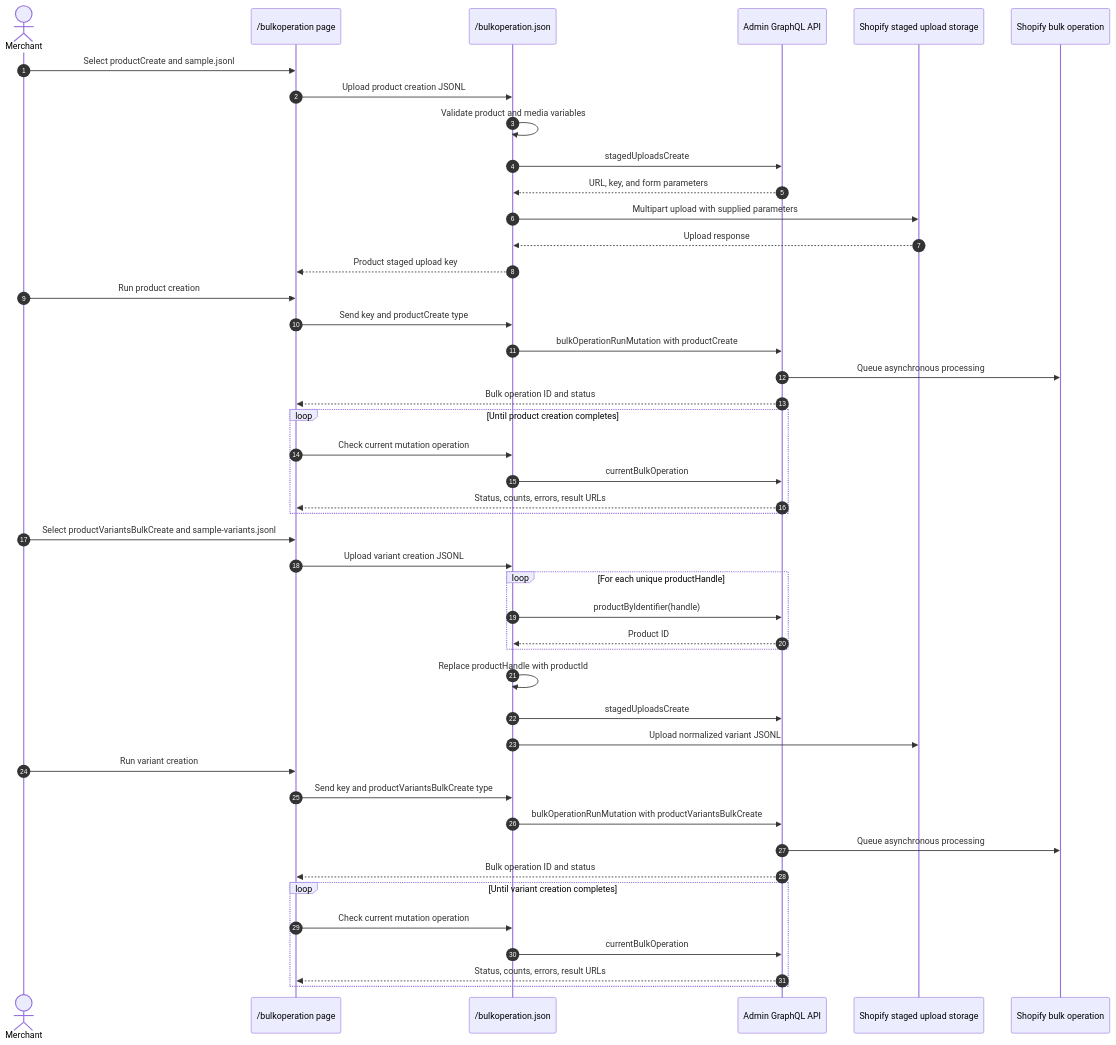
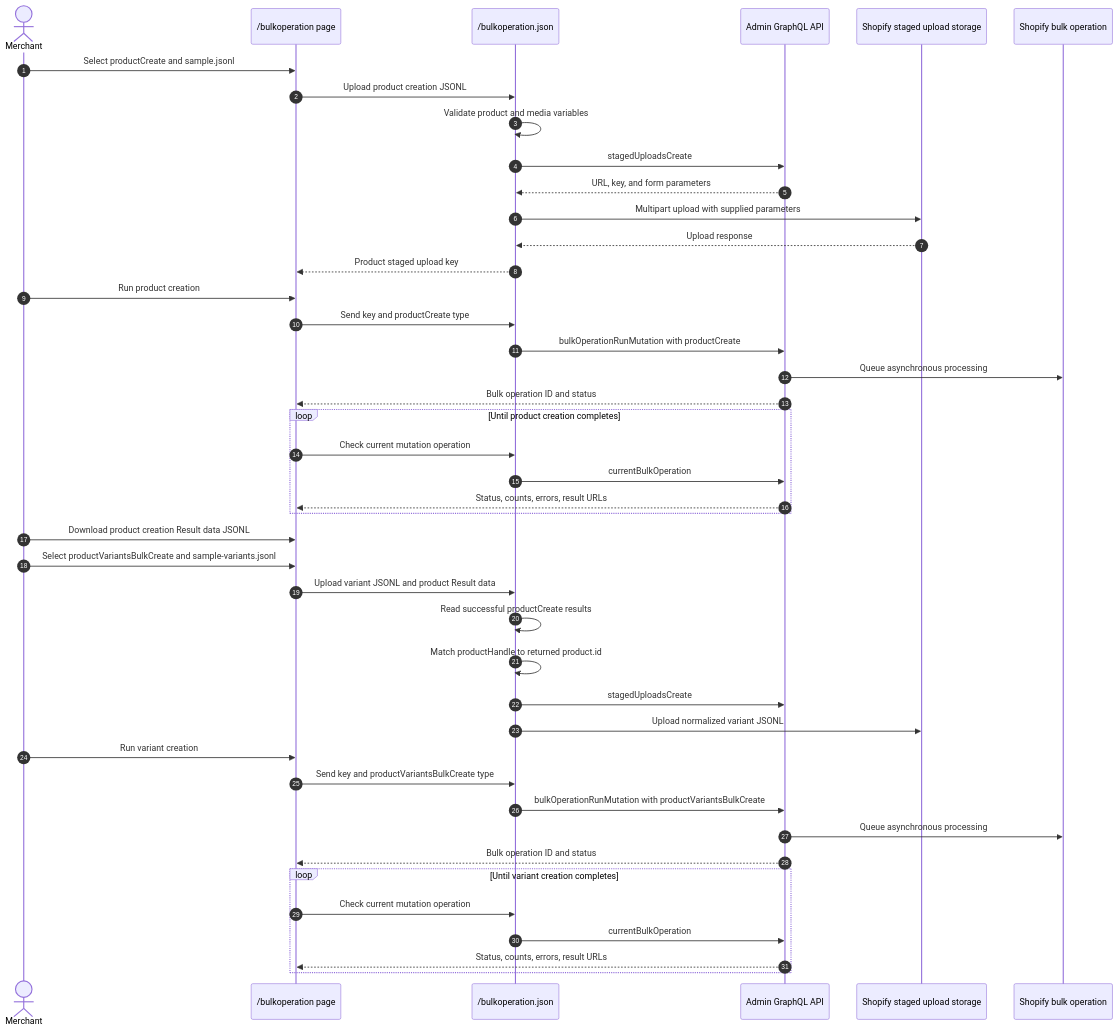
The diagram in docs/14-bulkoperation.md (benzookapi/shopify-barebone-app-sample), drawn with Mermaid before and after one commit. The commit also changed other lines of this file, not shown here.

````diff
--- a/docs/14-bulkoperation.md
+++ b/docs/14-bulkoperation.md
@@ -16,48 +16,46 @@
 ```mermaid
 sequenceDiagram
     autonumber
     actor Merchant
     participant UI as /bulkoperation page
     participant App as /bulkoperation.json
     participant API as Admin GraphQL API
     participant Storage as Shopify staged upload storage
     participant Worker as Shopify bulk operation
 
     Merchant->>UI: Select productCreate and sample.jsonl
     UI->>App: Upload product creation JSONL
     App->>App: Validate product and media variables
     App->>API: stagedUploadsCreate
     API-->>App: URL, key, and form parameters
     App->>Storage: Multipart upload with supplied parameters
     Storage-->>App: Upload response
     App-->>UI: Product staged upload key
     Merchant->>UI: Run product creation
     UI->>App: Send key and productCreate type
     App->>API: bulkOperationRunMutation with productCreate
     API->>Worker: Queue asynchronous processing
     API-->>UI: Bulk operation ID and status
     loop Until product creation completes
         UI->>App: Check current mutation operation
         App->>API: currentBulkOperation
         API-->>UI: Status, counts, errors, result URLs
     end
+    Merchant->>UI: Download product creation Result data JSONL
     Merchant->>UI: Select productVariantsBulkCreate and sample-variants.jsonl
-    UI->>App: Upload variant creation JSONL
-    loop For each unique productHandle
-        App->>API: productByIdentifier(handle)
-        API-->>App: Product ID
-    end
-    App->>App: Replace productHandle with productId
+    UI->>App: Upload variant JSONL and product Result data
+    App->>App: Read successful productCreate results
+    App->>App: Match productHandle to returned product.id
     App->>API: stagedUploadsCreate
     App->>Storage: Upload normalized variant JSONL
     Merchant->>UI: Run variant creation
     UI->>App: Send key and productVariantsBulkCreate type
     App->>API: bulkOperationRunMutation with productVariantsBulkCreate
     API->>Worker: Queue asynchronous processing
     API-->>UI: Bulk operation ID and status
     loop Until variant creation completes
         UI->>App: Check current mutation operation
         App->>API: currentBulkOperation
         API-->>UI: Status, counts, errors, result URLs
     end
 ```
````
